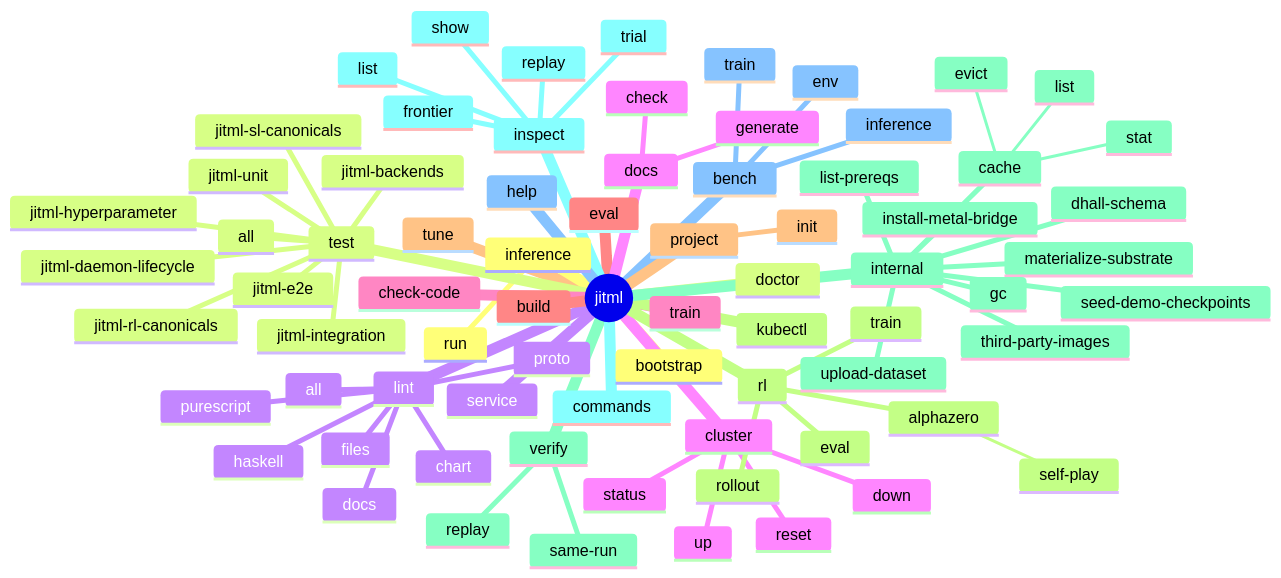
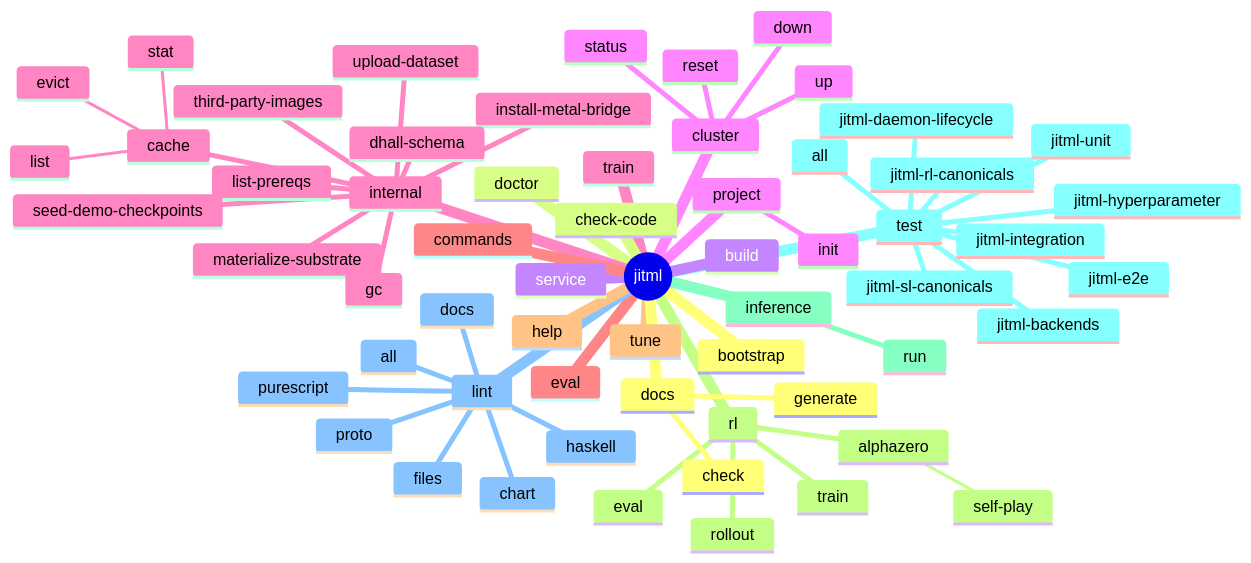
The first of 4 diagrams in README.md (Tuee22/jitML), drawn with Mermaid before and after one commit. The commit also changed other lines of this file and 61 other files, not shown here.

````diff
--- a/README.md
+++ b/README.md
@@ -808,77 +876,63 @@
 ```mermaid
 mindmap
   root((jitml))
     bootstrap
     doctor
     service
     cluster
       up
       down
       status
       reset
     train
     eval
     tune
     rl
       train
       eval
       rollout
       alphazero
         self-play
-    verify
-      same-run
-      replay
-    inspect
-      list
-      show
-      replay
-      trial
-      frontier
-    bench
-      train
-      inference
-      env
     inference
       run
     test
       all
       jitml-unit
       jitml-integration
       jitml-sl-canonicals
       jitml-rl-canonicals
       jitml-hyperparameter
       jitml-backends
       jitml-daemon-lifecycle
       jitml-e2e
     lint
       files
       docs
       proto
       chart
       haskell
       purescript
       all
     docs
       check
       generate
     check-code
     build
     project
       init
-    kubectl
     internal
       materialize-substrate
       list-prereqs
       install-metal-bridge
       upload-dataset
       seed-demo-checkpoints
       dhall-schema
       third-party-images
       gc
       cache
         stat
         list
         evict
     commands
     help
 ```
````
